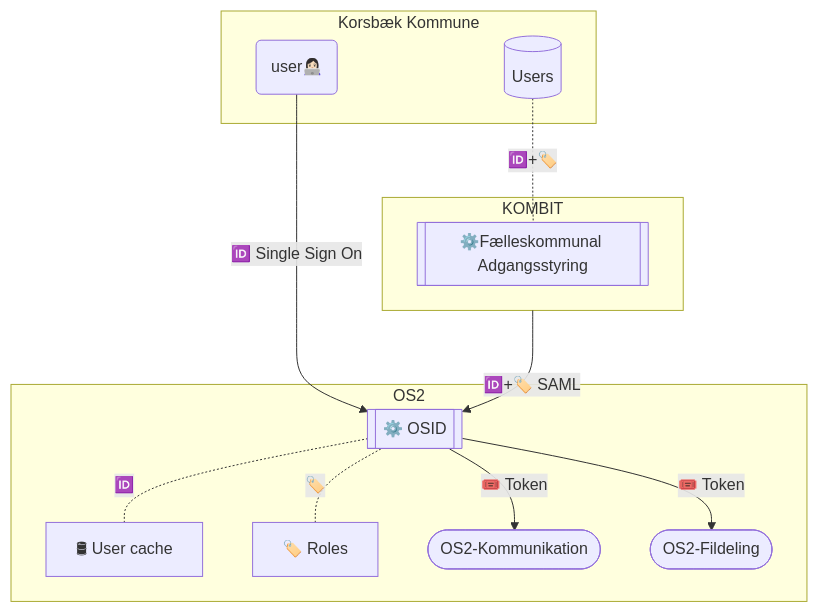
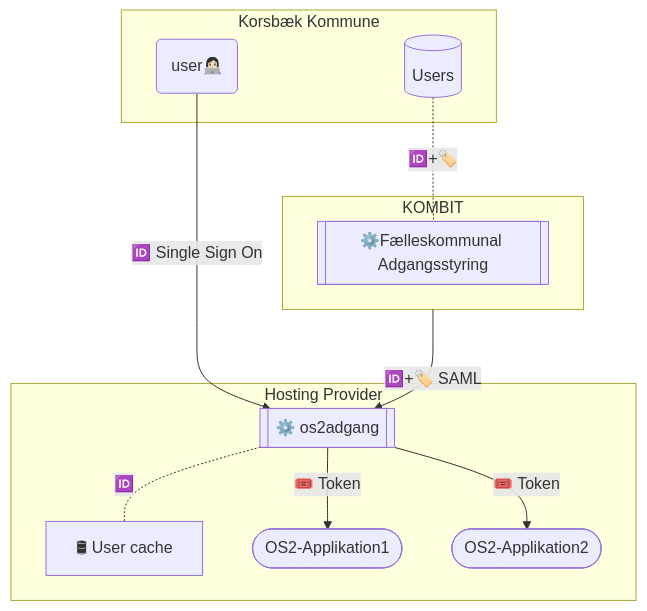
One commit to OS2sandbox/os2adgang-planning changed the diagram in README.md. Above: the diagram before and after it, drawn with Mermaid.

Commit message:
Revise OS2 subgraph to include hosting provider
Updated the diagram to reflect changes in the hosting provider subgraph.

````diff
--- a/README.md
+++ b/README.md
@@ -15,26 +15,25 @@
 ```mermaid
 
 graph TD
 
-subgraph OS2
-    OS2ID[["⚙️ OSID"]]-.-|"🆔"|Users["🛢 User cache"]
-    OS2ID[["⚙️ OSID"]]-.-|"🏷️"|Roles["🏷️ Roles"]
-    Applikation1([OS2-Kommunikation])
-    Applikation2([OS2-Fildeling])
+subgraph Hosting Provider
+    OS2ID[["⚙️ os2adgang"]]-.-|"🆔"|Users["🛢 User cache"]
+    Applikation1([OS2-Applikation1])
+    Applikation2([OS2-Applikation2])
 end
 
 subgraph KK[Korsbæk Kommune]
 UserStore[("Users")]
 User
 end
 
 subgraph KOMBIT
 fkadg[[" ⚙️Fælleskommunal Adgangsstyring"]]
 end
 
 KOMBIT-->|"🆔+🏷️ SAML"|OS2ID
 
 User("user👩🏻‍💻")-->|"🆔 Single Sign On"|OS2ID-->|" 🎟️ Token"|Applikation2 & Applikation1
 UserStore-.-|"🆔+🏷️"|fkadg
 
 ```
````
